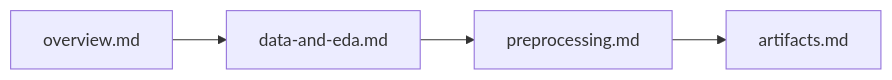
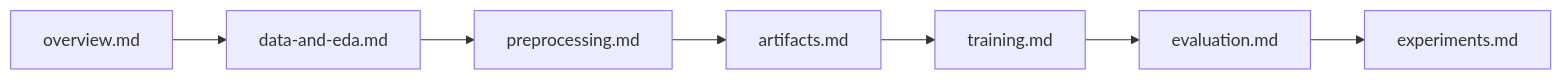
One commit to SwankyBombul/adm-project-tgnn changed the diagram in docs/README.md. Above: the diagram before and after it, drawn with Mermaid. The commit also changed other lines of this file and 24 other files, not shown here.

````diff
--- a/docs/README.md
+++ b/docs/README.md
@@ -16,6 +19,9 @@
 ```mermaid
 flowchart LR
     overview[overview.md] --> eda[data-and-eda.md]
     eda --> preproc[preprocessing.md]
     preproc --> artifacts[artifacts.md]
+    artifacts --> training[training.md]
+    training --> evaluation[evaluation.md]
+    evaluation --> experiments[experiments.md]
 ```
````
